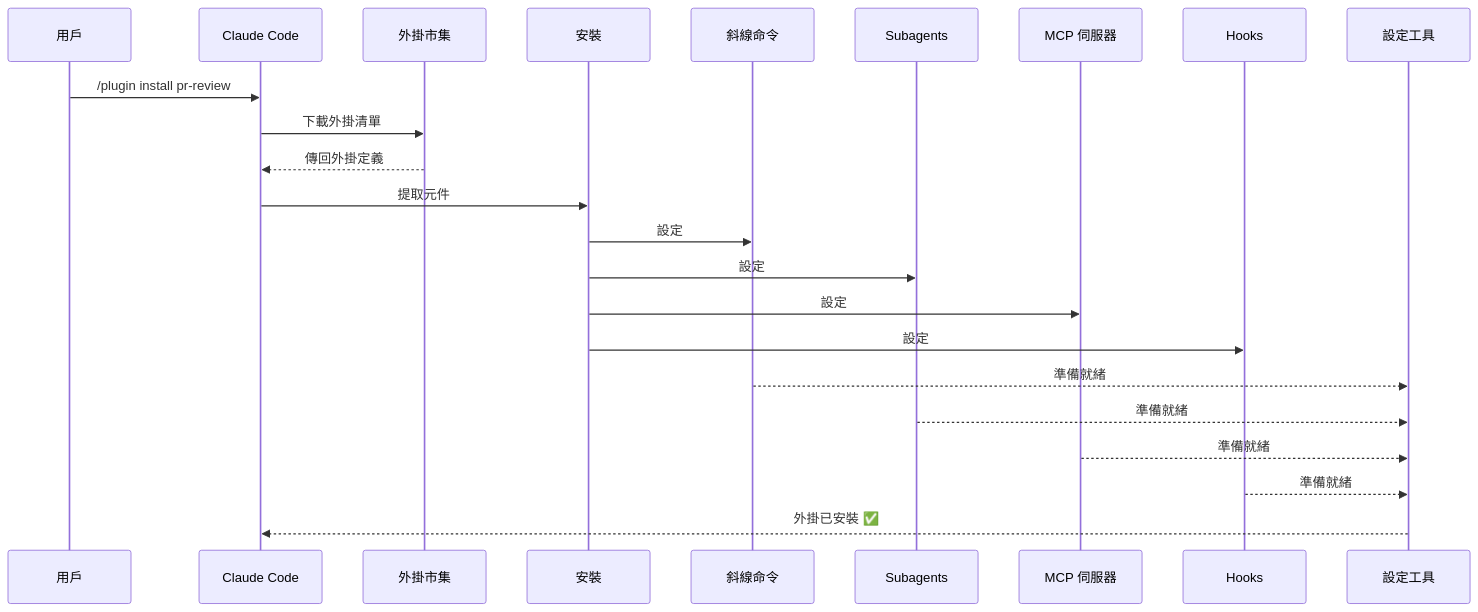
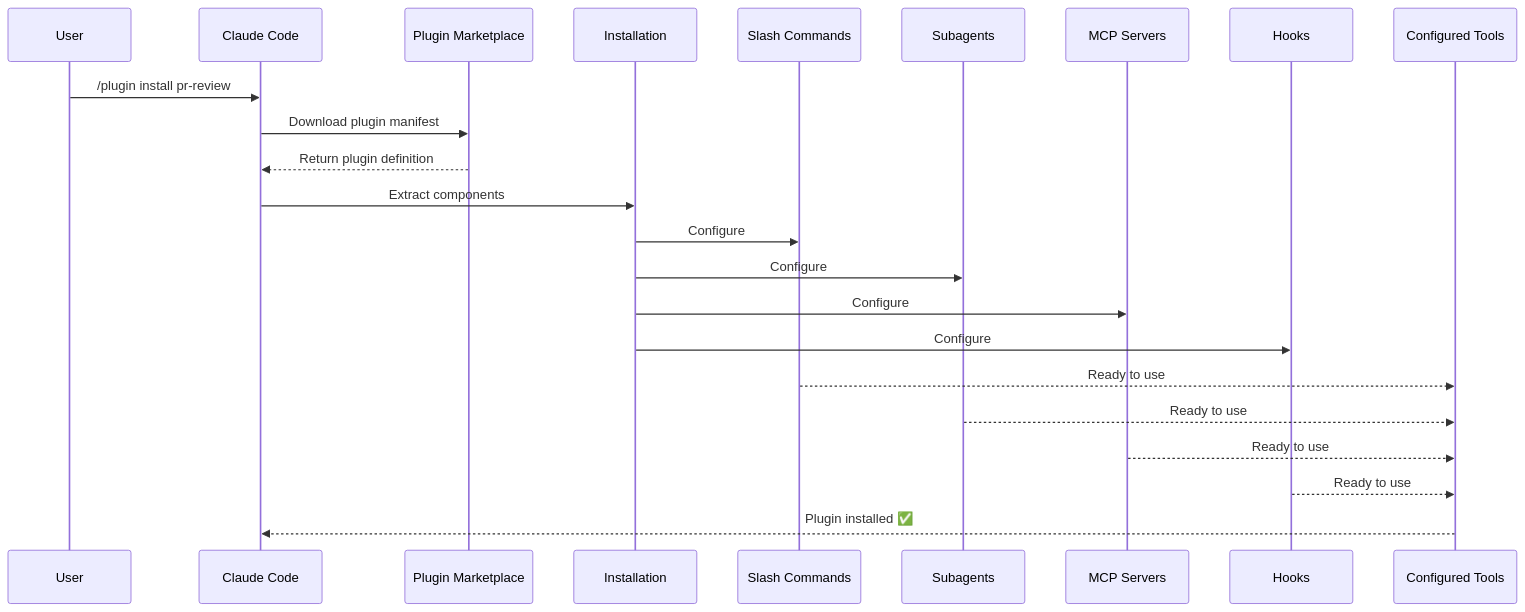
The second of 5 diagrams in 07-plugins/README.md (huckly/claude-howto-zh-tw), drawn with Mermaid before and after one commit. The commit also changed other lines of this file, not shown here.

````diff
--- a/07-plugins/README.md
+++ b/07-plugins/README.md
@@ -29,26 +34,26 @@
 ```mermaid
 sequenceDiagram
-    participant 用戶
+    participant User
     participant Claude as Claude Code
-    participant 外掛 as 外掛市集
-    participant 安裝 as 安裝
-    participant SlashCmds as 斜線命令
+    participant Plugin as Plugin Marketplace
+    participant Install as Installation
+    participant SlashCmds as Slash Commands
     participant Subagents
-    participant MCPServers as MCP 伺服器
+    participant MCPServers as MCP Servers
     participant Hooks
-    participant Tools as 設定工具
+    participant Tools as Configured Tools
 
-    用戶->>Claude: /plugin install pr-review
-    Claude->>外掛: 下載外掛清單
-    外掛-->>Claude: 傳回外掛定義
-    Claude->>安裝: 提取元件
-    安裝->>SlashCmds: 設定
-    安裝->>Subagents: 設定
-    安裝->>MCPServers: 設定
-    安裝->>Hooks: 設定
-    SlashCmds-->>Tools: 準備就緒
-    Subagents-->>Tools: 準備就緒
-    MCPServers-->>Tools: 準備就緒
-    Hooks-->>Tools: 準備就緒
-    Tools-->>Claude: 外掛已安裝 ✅
+    User->>Claude: /plugin install pr-review
+    Claude->>Plugin: Download plugin manifest
+    Plugin-->>Claude: Return plugin definition
+    Claude->>Install: Extract components
+    Install->>SlashCmds: Configure
+    Install->>Subagents: Configure
+    Install->>MCPServers: Configure
+    Install->>Hooks: Configure
+    SlashCmds-->>Tools: Ready to use
+    Subagents-->>Tools: Ready to use
+    MCPServers-->>Tools: Ready to use
+    Hooks-->>Tools: Ready to use
+    Tools-->>Claude: Plugin installed ✅
 ```
````
